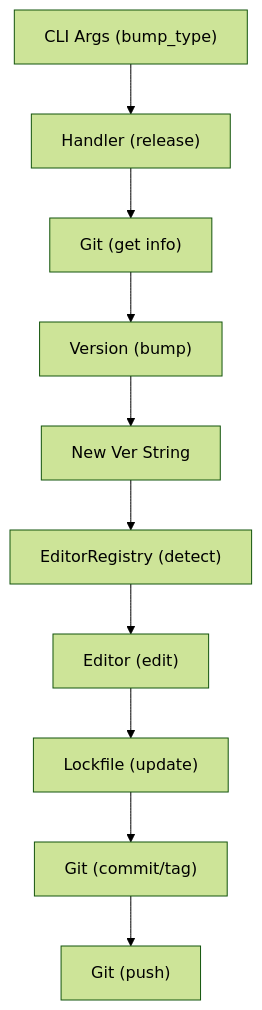
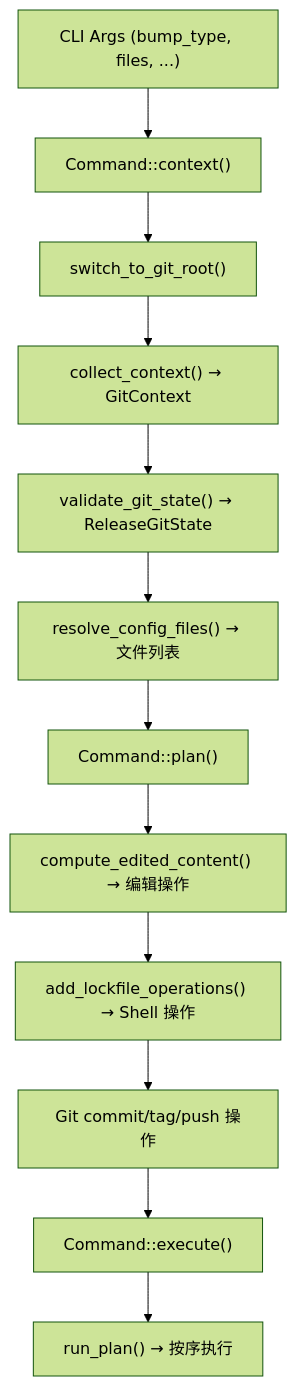
The fourth of 8 diagrams in docs/architecture.md (Jeanhwea/project-manager-app), drawn with Mermaid (forest theme) before and after one commit. The commit also changed other lines of this file, not shown here.

First line of the commit message:
docs(architecture): 更新架构文档以反映最新五层架构设计

````diff
--- a/docs/architecture.md
+++ b/docs/architecture.md
@@ -432,12 +633,14 @@
 ```mermaid
 flowchart TB
-    A["CLI Args (bump_type)"] --> B["Handler (release)"]
-    B --> C["Git (get info)"]
-    C --> D["Version (bump)"]
-    D --> E["New Ver String"]
-    E --> F["EditorRegistry (detect)"]
-    F --> G["Editor (edit)"]
-    G --> H["Lockfile (update)"]
-    H --> I["Git (commit/tag)"]
-    I --> J["Git (push)"]
+    A["CLI Args (bump_type, files, ...)"] --> B["Command::context()"]
+    B --> C["switch_to_git_root()"]
+    C --> D["collect_context() → GitContext"]
+    D --> E["validate_git_state() → ReleaseGitState"]
+    E --> F["resolve_config_files() → 文件列表"]
+    F --> G["Command::plan()"]
+    G --> H["compute_edited_content() → 编辑操作"]
+    H --> I["add_lockfile_operations() → Shell 操作"]
+    I --> J["Git commit/tag/push 操作"]
+    J --> K["Command::execute()"]
+    K --> L["run_plan() → 按序执行"]
 ```
````
